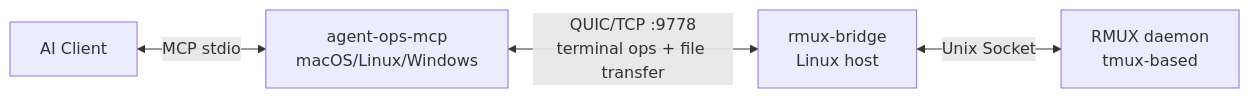
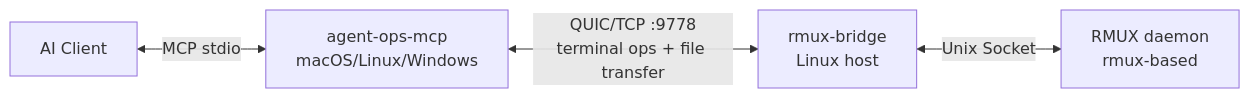
One commit to tddh/agent-ops changed the diagram in README.md. Above: the diagram before and after it, drawn with Mermaid. The commit also changed other lines of this file and 8 other files, not shown here.

````diff
--- a/README.md
+++ b/README.md
@@ -21,6 +21,6 @@
 ```mermaid
 graph LR
     A[AI Client] <-->|MCP stdio| B[agent-ops-mcp<br/>macOS/Linux/Windows]
     B <-->|QUIC/TCP :9778<br/>terminal ops + file transfer| C[rmux-bridge<br/>Linux host]
-    C <-->|Unix Socket| D[RMUX daemon<br/>tmux-based]
+    C <-->|Unix Socket| D[RMUX daemon<br/>rmux-based]
 ```
````
